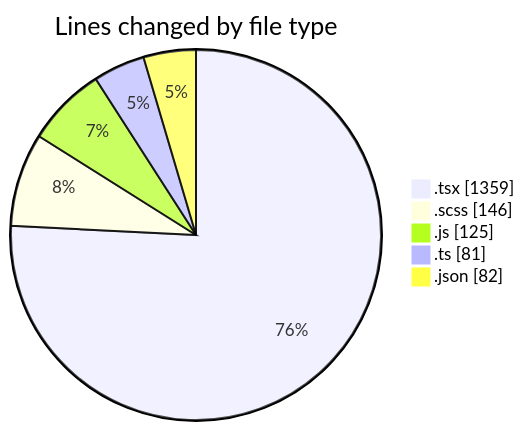
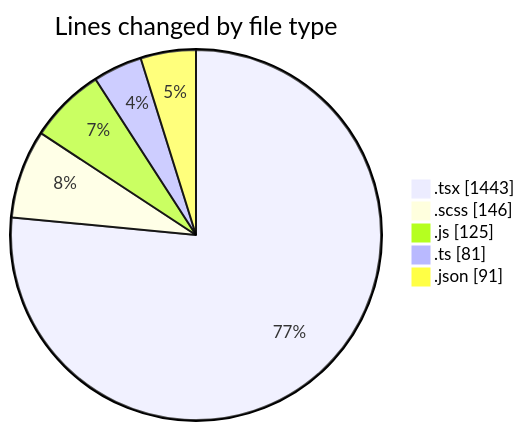
The first of 2 diagrams in 2026-04-24/cda/README.md (momahboobian/code-tracking), drawn with Mermaid before and after one commit. The commit also changed other lines of this file and 1 other file, not shown here.

````diff
--- a/2026-04-24/cda/README.md
+++ b/2026-04-24/cda/README.md
@@ -32,9 +33,9 @@
 ```mermaid
 pie showData
 title Lines changed by file type
-".tsx" : 1359
+".tsx" : 1443
 ".scss" : 146
 ".js" : 125
 ".ts" : 81
-".json" : 82
+".json" : 91
 ```
````
